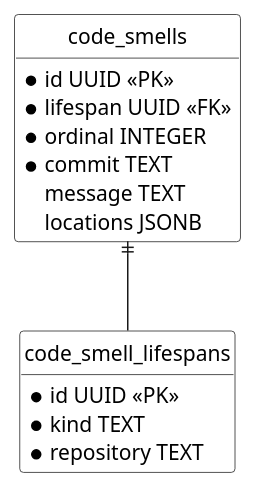
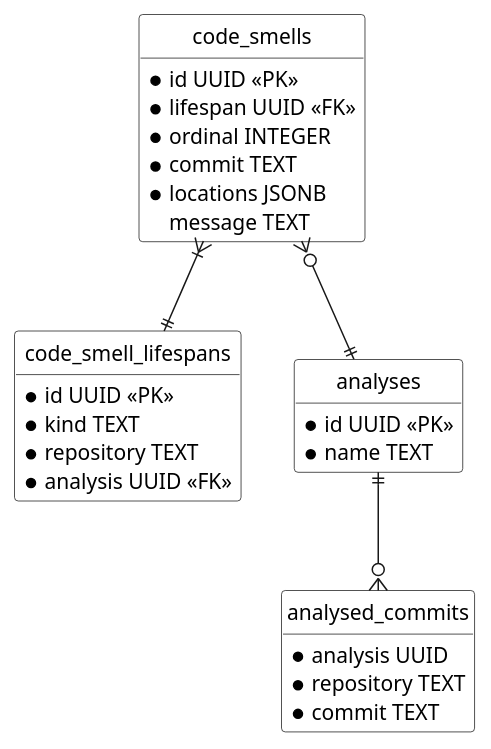
The diagram in schema/database.plantuml (felixfbecker/olfaction), drawn with PlantUML before and after one commit. The commit also changed 9 other files, not shown here.

```diff
--- a/schema/database.plantuml
+++ b/schema/database.plantuml
@@ -1,42 +1,57 @@
 @startuml database
 hide circle
 hide empty members
 skinparam monochrome true
 skinparam style strictuml
 skinparam shadowing false
 skinparam backgroundColor transparent
 skinparam classBackgroundColor transparent
 
 entity code_smell_lifespans {
   *id UUID <<PK>>
   *kind TEXT
   *repository TEXT
+  *analysis UUID <<FK>>
 }
 
 entity code_smells {
   *id UUID <<PK>>
   *lifespan UUID <<FK>>
   *ordinal INTEGER
   *commit TEXT
+  *locations JSONB
   message TEXT
-  locations JSONB
 }
 
-code_smells ||-- code_smell_lifespans
+code_smells }|--|| code_smell_lifespans
+
+entity analyses {
+  *id UUID <<PK>>
+  *name TEXT
+}
+code_smells }o--|| analyses
+
+entity analysed_commits {
+  *analysis UUID
+  *repository TEXT
+  *commit TEXT
+}
+
+analyses ||--o{ analysed_commits
 
 ' entity file_links {
 '   *from_path TEXT
 '   *from_commit TEXT
 '   *from_start_line INTEGER
 '   *from_end_line INTEGER
 '   *from_start_character INTEGER
 '   *from_end_character INTEGER
 '   *to_path TEXT
 '   *to_commit TEXT
 '   *to_start_line INTEGER
 '   *to_end_line INTEGER
 '   *to_start_character INTEGER
 '   *to_end_character INTEGER
 ' }
 
 @enduml
```
